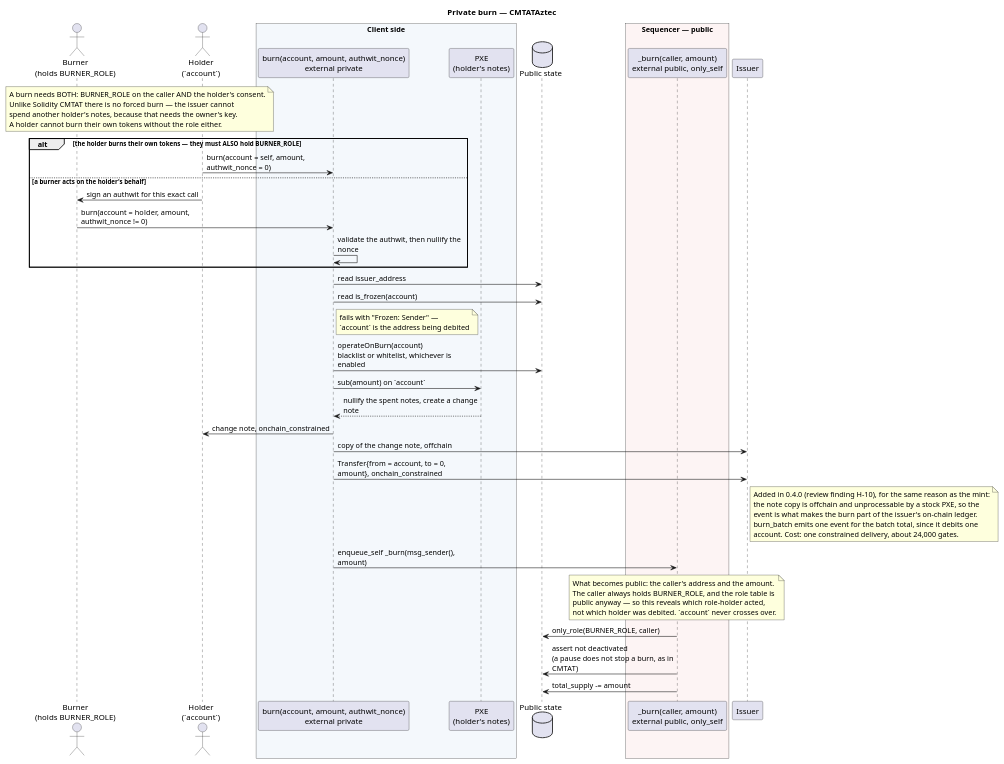
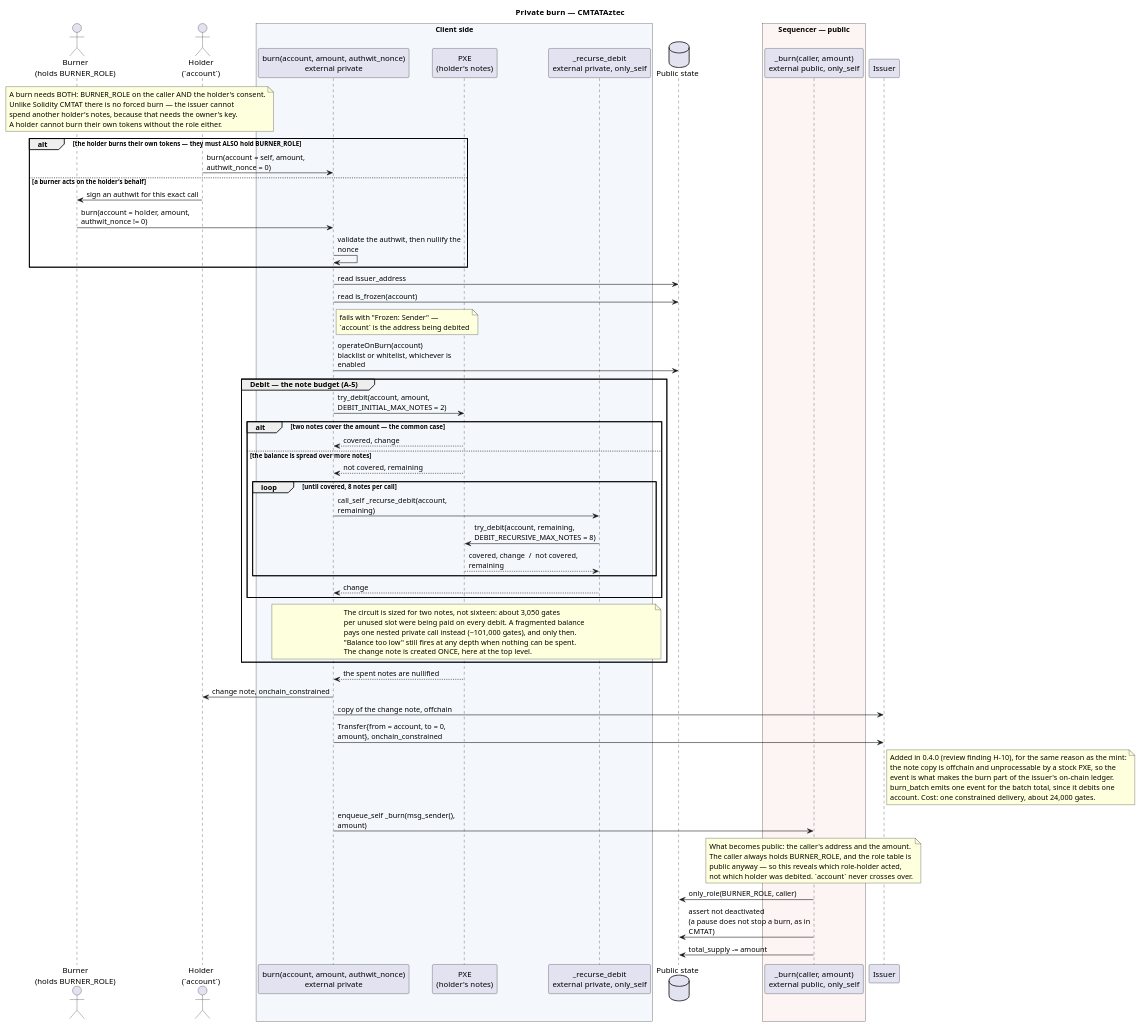
One commit to CMTA/private-CMTAT-aztec changed the diagram in doc/img/burn-flow.puml. Above: the diagram before and after it, drawn with PlantUML. The commit also changed 3 other files, not shown here.

Commit message:
Improve diagram flow

```diff
--- a/doc/img/burn-flow.puml
+++ b/doc/img/burn-flow.puml
@@ -1,63 +1,84 @@
 @startuml
 title Private burn — CMTATAztec
 
 skinparam sequenceMessageAlign left
 skinparam maxMessageSize 250
 
 actor "Burner\n(holds BURNER_ROLE)" as Burner
 actor "Holder\n(`account`)" as Holder
 box "Client side" #F4F8FC
 participant "burn(account, amount, authwit_nonce)\nexternal private" as Priv
 participant "PXE\n(holder's notes)" as PXE
+  participant "_recurse_debit\nexternal private, only_self" as Recur
 end box
 database "Public state" as PS
 box "Sequencer — public" #FDF4F4
 participant "_burn(caller, amount)\nexternal public, only_self" as Pub
 end box
 participant "Issuer" as Issuer
 
 note over Burner, Holder
   A burn needs BOTH: BURNER_ROLE on the caller AND the holder's consent.
   Unlike Solidity CMTAT there is no forced burn — the issuer cannot
   spend another holder's notes, because that needs the owner's key.
   A holder cannot burn their own tokens without the role either.
 end note
 
 alt the holder burns their own tokens — they must ALSO hold BURNER_ROLE
   Holder -> Priv : burn(account = self, amount, authwit_nonce = 0)
 else a burner acts on the holder's behalf
   Holder -> Burner : sign an authwit for this exact call
   Burner -> Priv : burn(account = holder, amount, authwit_nonce != 0)
   Priv -> Priv : validate the authwit, then nullify the nonce
 end
 
 Priv -> PS : read issuer_address
 Priv -> PS : read is_frozen(account)
 note right of Priv : fails with "Frozen: Sender" —\n`account` is the address being debited
 Priv -> PS : operateOnBurn(account)\nblacklist or whitelist, whichever is enabled
 
-Priv -> PXE : sub(amount) on `account`
-PXE --> Priv : nullify the spent notes, create a change note
+  group Debit — the note budget (A-5)
+    Priv -> PXE : try_debit(account, amount, DEBIT_INITIAL_MAX_NOTES = 2)
+    alt two notes cover the amount — the common case
+      PXE --> Priv : covered, change
+    else the balance is spread over more notes
+      PXE --> Priv : not covered, remaining
+      loop until covered, 8 notes per call
+        Priv -> Recur : call_self _recurse_debit(account, remaining)
+        Recur -> PXE : try_debit(account, remaining, DEBIT_RECURSIVE_MAX_NOTES = 8)
+        PXE --> Recur : covered, change  /  not covered, remaining
+      end
+      Recur --> Priv : change
+    end
+    note over Priv, Recur
+      The circuit is sized for two notes, not sixteen: about 3,050 gates
+      per unused slot were being paid on every debit. A fragmented balance
+      pays one nested private call instead (~101,000 gates), and only then.
+      "Balance too low" still fires at any depth when nothing can be spent.
+      The change note is created ONCE, here at the top level.
+    end note
+  end
+PXE --> Priv : the spent notes are nullified
 Priv -> Holder : change note, onchain_constrained
 Priv -> Issuer : copy of the change note, offchain
 Priv -> Issuer : Transfer{from = account, to = 0, amount}, onchain_constrained
 note right of Issuer
   Added in 0.4.0 (review finding H-10), for the same reason as the mint:
   the note copy is offchain and unprocessable by a stock PXE, so the
   event is what makes the burn part of the issuer's on-chain ledger.
   burn_batch emits one event for the batch total, since it debits one
   account. Cost: one constrained delivery, about 24,000 gates.
 end note
 
 Priv -> Pub : enqueue_self _burn(msg_sender(), amount)
 note over Pub
   What becomes public: the caller's address and the amount.
   The caller always holds BURNER_ROLE, and the role table is
   public anyway — so this reveals which role-holder acted,
   not which holder was debited. `account` never crosses over.
 end note
 Pub -> PS : only_role(BURNER_ROLE, caller)
 Pub -> PS : assert not deactivated\n(a pause does not stop a burn, as in CMTAT)
 Pub -> PS : total_supply -= amount
 
 @enduml
```
